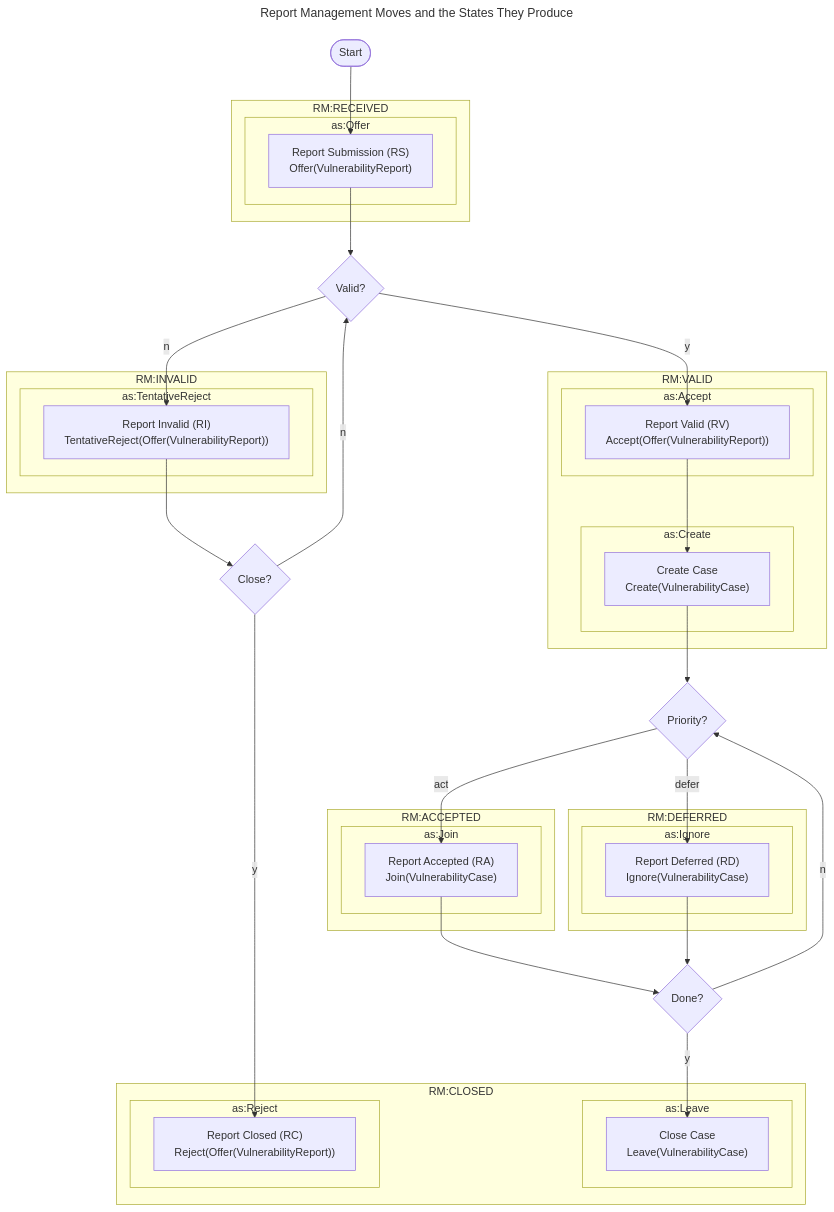
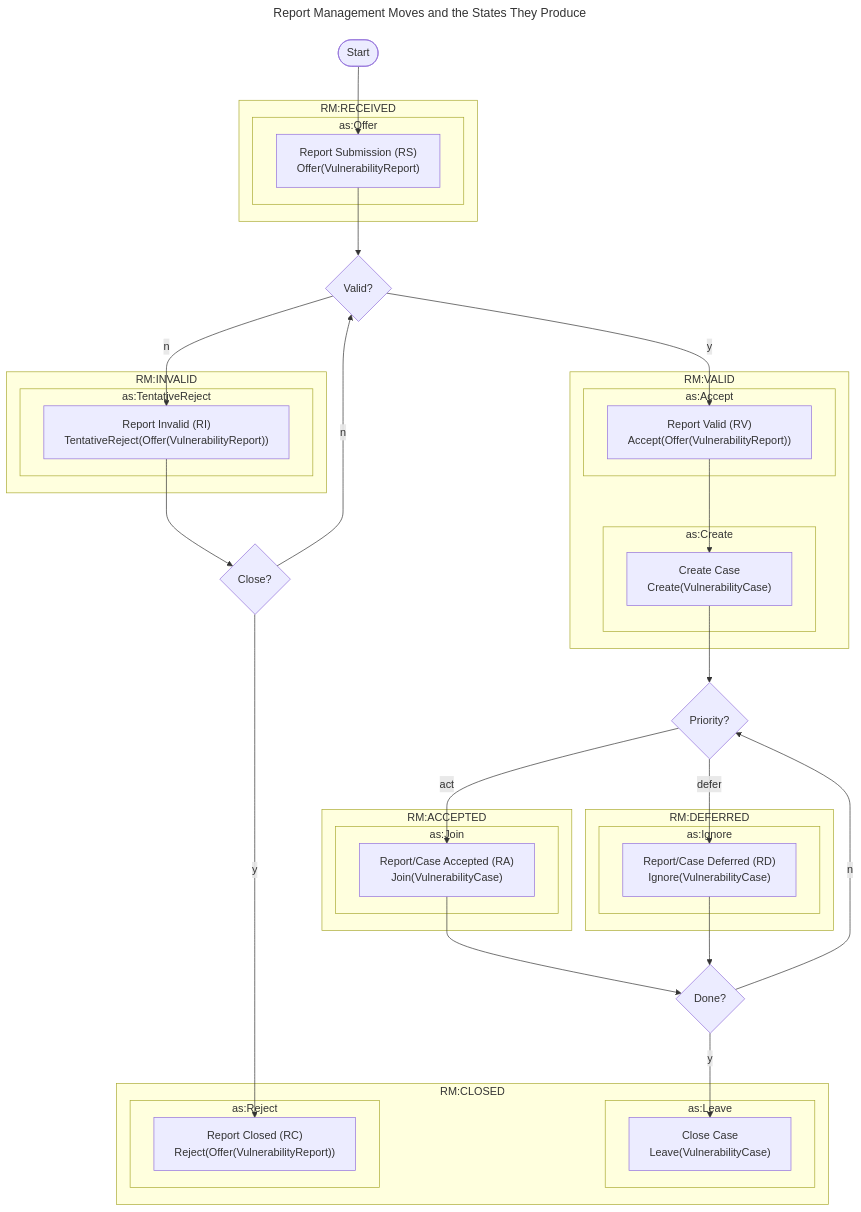
Before and after one commit to CERTCC/Vultron: the diagram in docs/howto/activitypub/activities/manage_case.md, drawn with Mermaid. The commit also changed other lines of this file and 4 other files, not shown here.

````diff
--- a/docs/howto/activitypub/activities/manage_case.md
+++ b/docs/howto/activitypub/activities/manage_case.md
@@ -24,63 +24,63 @@
 ```mermaid
 ---
 title: Report Management Moves and the States They Produce
 ---
 flowchart TB
     subgraph RM:RECEIVED
         subgraph as:Offer
             RmSubmitReport["Report Submission (RS)<br/>Offer(VulnerabilityReport)"]
         end
     end
     subgraph RM:VALID
         subgraph as:Accept
             RmValidateReport["Report Valid (RV)<br/>Accept(Offer(VulnerabilityReport))"]
         end
         subgraph as:Create
             CreateCase["Create Case<br/>Create(VulnerabilityCase)"]
         end
     end
     subgraph RM:INVALID
         subgraph as:TentativeReject
             RmInvalidateReport["Report Invalid (RI)<br/>TentativeReject(Offer(VulnerabilityReport))"]
         end
     end
     subgraph RM:ACCEPTED
         subgraph as:Join
-            RmEngageCase["Report Accepted (RA)<br/>Join(VulnerabilityCase)"]
+            RmEngageCase["Report/Case Accepted (RA)<br/>Join(VulnerabilityCase)"]
         end
     end
     subgraph RM:DEFERRED
         subgraph as:Ignore
-            RmDeferCase["Report Deferred (RD)<br/>Ignore(VulnerabilityCase)"]
+            RmDeferCase["Report/Case Deferred (RD)<br/>Ignore(VulnerabilityCase)"]
         end
     end
     subgraph RM:CLOSED
         subgraph as:Leave
             RmCloseCase["Close Case<br/>Leave(VulnerabilityCase)"]
         end
         subgraph as:Reject
             RmCloseReport["Report Closed (RC)<br/>Reject(Offer(VulnerabilityReport))"]
         end
     end
 
     d{Done?}
     c{Close?}
     p{Priority?}
     v{Valid?}
     start([Start])
     start --> RmSubmitReport
     RmSubmitReport --> v
     v -->|y| RmValidateReport
     v -->|n| RmInvalidateReport
     RmInvalidateReport --> c
     c -->|y| RmCloseReport
     RmValidateReport --> CreateCase
     CreateCase --> p
     p -->|act| RmEngageCase
     d -->|n| p
     p -->|defer| RmDeferCase
     RmEngageCase --> d
     RmDeferCase --> d
     c -->|n| v
     d -->|y| RmCloseCase
 ```
````
